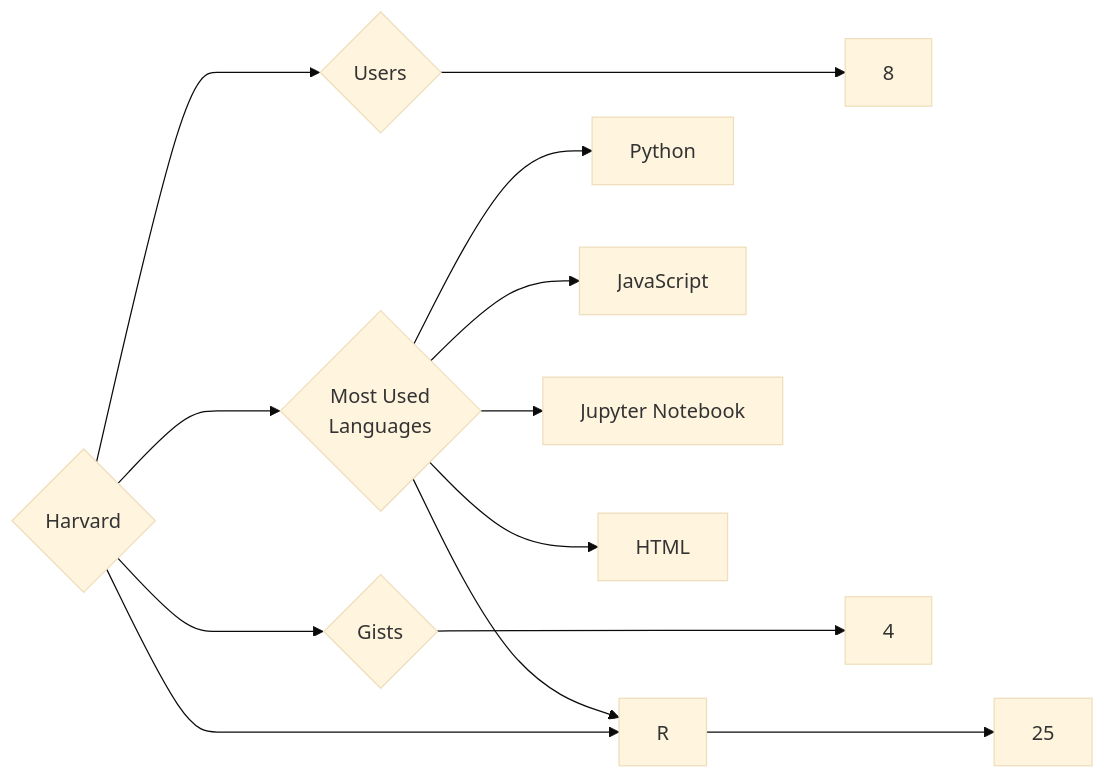
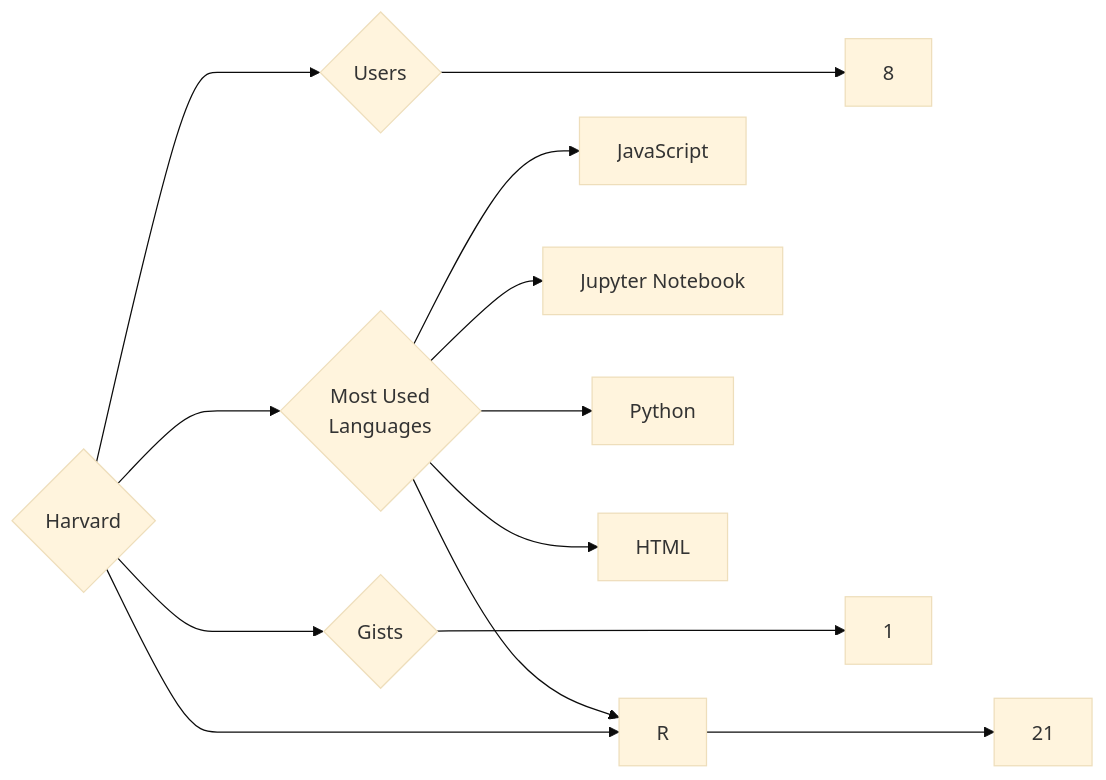
Before and after one commit to trickest/insiders: the diagram in targets/Harvard/README.md, drawn with Mermaid (base theme). The commit also changed 934 other files, not shown here.

````diff
--- a/targets/Harvard/README.md
+++ b/targets/Harvard/README.md
@@ -3,13 +3,13 @@
 ```mermaid
 graph LR
 COMPANY_NAME{Harvard}
 COMPANY_NAME ---> U{Users} ---> UN[8]
-COMPANY_NAME ---> R{Repositories} ---> RN[25]
-COMPANY_NAME ---> G{Gists} ---> GN[4]
+COMPANY_NAME ---> R{Repositories} ---> RN[21]
+COMPANY_NAME ---> G{Gists} ---> GN[1]
 COMPANY_NAME ---> ML{Most Used<br>Languages}
-ML --> Python[Python]
 ML --> JavaScript[JavaScript]
 ML --> Jupyter_Notebook[Jupyter Notebook]
+ML --> R[R]
+ML --> Python[Python]
 ML --> HTML[HTML]
-ML --> R[R]
 ```
````
